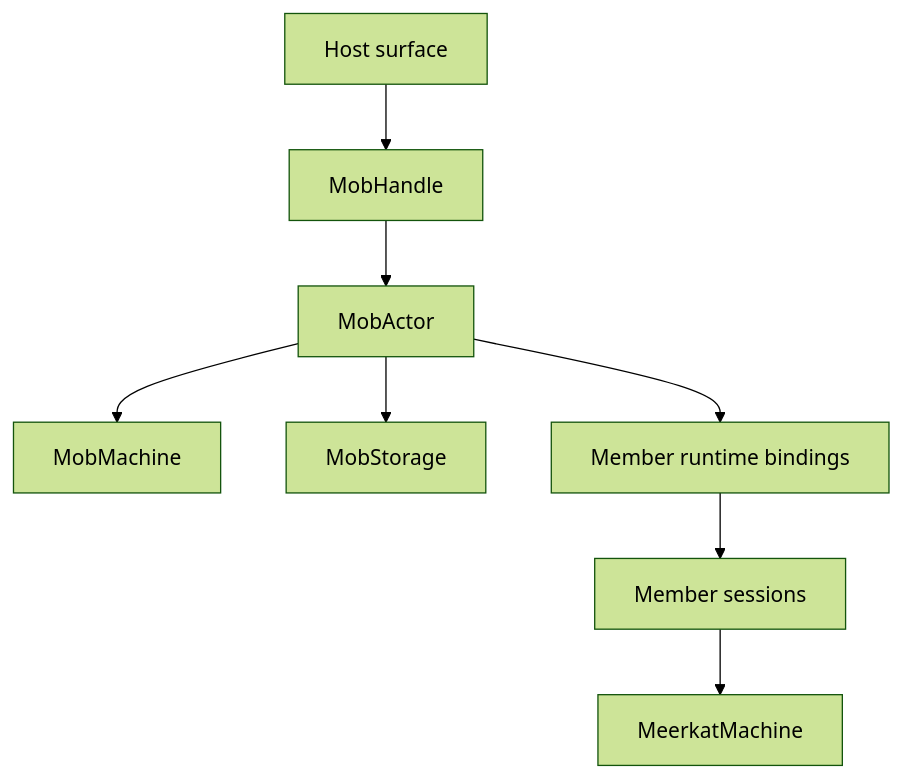
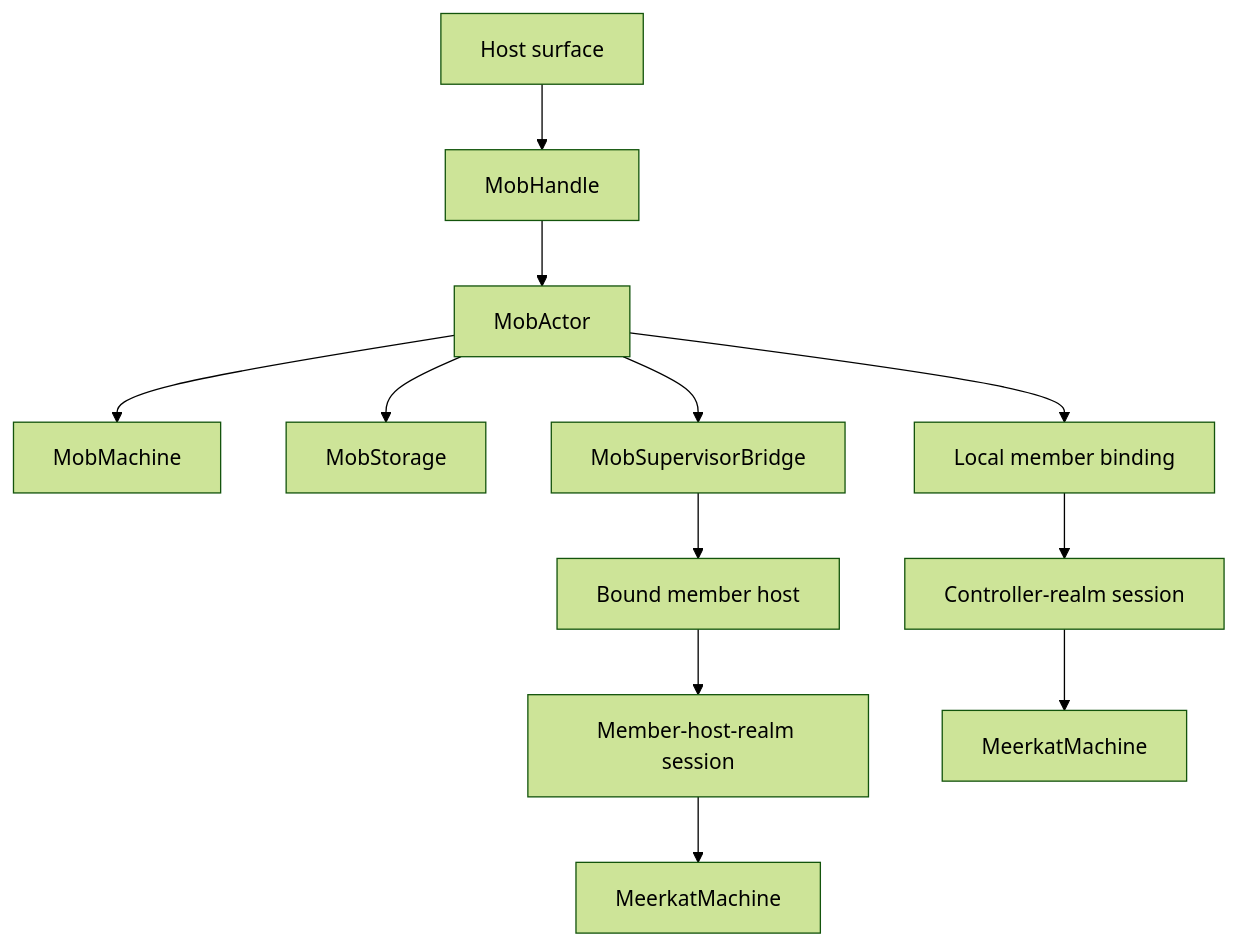
The diagram in docs/reference/mob-architecture.mdx (carenic/meerkat), drawn with Mermaid (forest theme) before and after one commit. The commit also changed other lines of this file and 288 other files, not shown here.

````diff
--- a/docs/reference/mob-architecture.mdx
+++ b/docs/reference/mob-architecture.mdx
@@ -13,10 +13,14 @@
 ```mermaid
 flowchart TD
     HOST["Host surface"] --> HANDLE["MobHandle"]
     HANDLE --> ACTOR["MobActor"]
     ACTOR --> MACHINE["MobMachine"]
     ACTOR --> STORE["MobStorage"]
-    ACTOR --> MEMBERS["Member runtime bindings"]
-    MEMBERS --> SESSION["Member sessions"]
-    SESSION --> RUNTIME["MeerkatMachine"]
+    ACTOR --> LOCAL["Local member binding"]
+    LOCAL --> LOCAL_SESSION["Controller-realm session"]
+    ACTOR --> BRIDGE["MobSupervisorBridge"]
+    BRIDGE --> HOST_AUTH["Bound member host"]
+    HOST_AUTH --> REMOTE_SESSION["Member-host-realm session"]
+    LOCAL_SESSION --> RUNTIME_A["MeerkatMachine"]
+    REMOTE_SESSION --> RUNTIME_B["MeerkatMachine"]
 ```
````
